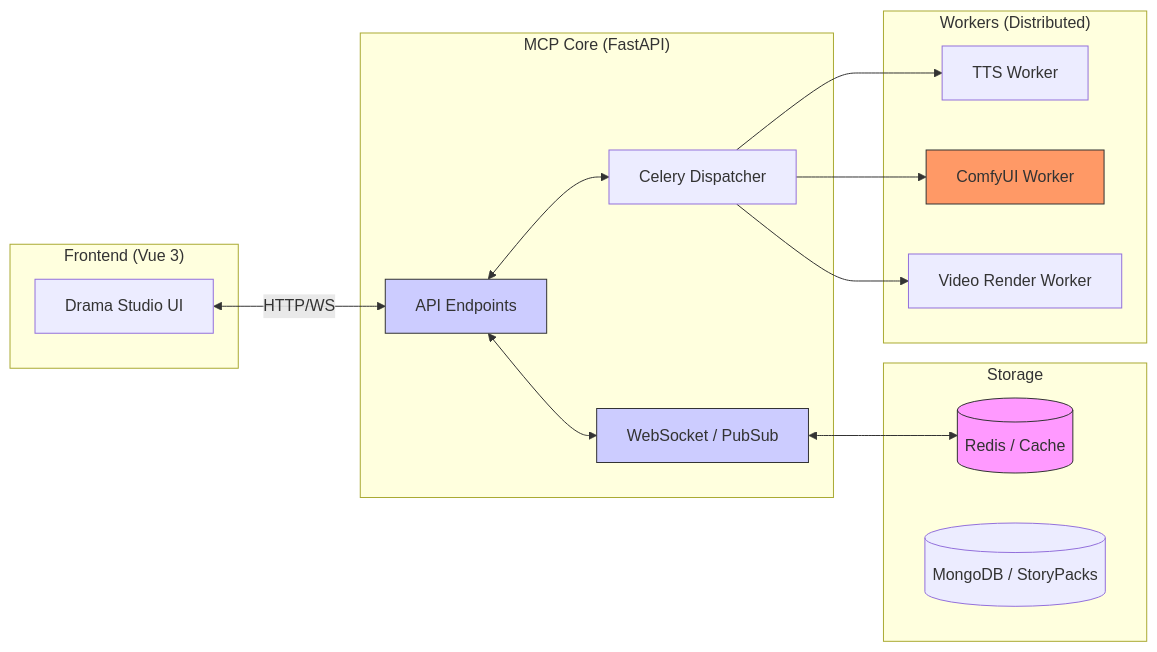
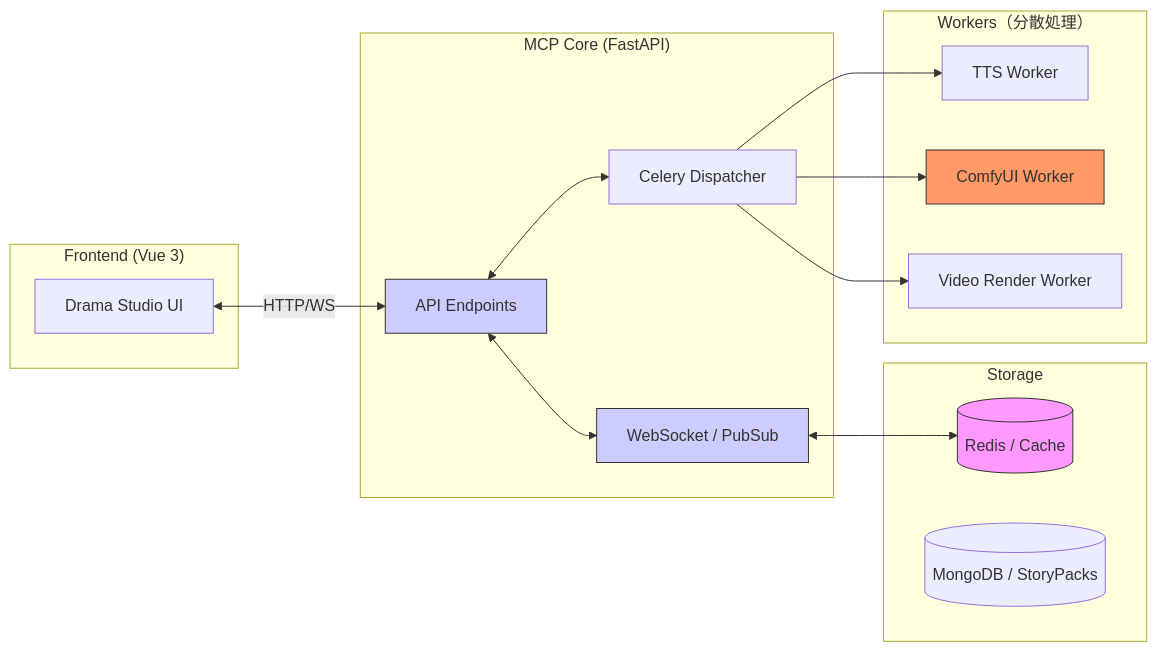
The diagram in public/knowledge/ja/12_diagrams/08.Moyin_MCP_Architecture.md (AtsushiHarimoto/portfolio), drawn with Mermaid before and after one commit. The commit also changed other lines of this file and 51 other files, not shown here.

First line of the commit message:
feat: remove YouTube hover animation, strip article numbering, translate 11_claude_code + 12_diagrams (EN/JA)

````diff
--- a/public/knowledge/ja/12_diagrams/08.Moyin_MCP_Architecture.md
+++ b/public/knowledge/ja/12_diagrams/08.Moyin_MCP_Architecture.md
@@ -7,36 +7,36 @@
 ```mermaid
 graph LR
     subgraph "Frontend (Vue 3)"
         WebUI[Drama Studio UI]
     end
 
     subgraph "MCP Core (FastAPI)"
         API[API Endpoints]
         WS[WebSocket / PubSub]
         Celery[Celery Dispatcher]
     end
 
     subgraph "Storage"
         Redis[(Redis / Cache)]
         DB[(MongoDB / StoryPacks)]
     end
 
-    subgraph "Workers (Distributed)"
+    subgraph "Workers（分散処理）"
         TTS[TTS Worker]
         Comfy[ComfyUI Worker]
         Video[Video Render Worker]
     end
 
     WebUI <-->|HTTP/WS| API
     API <--> WS
     WS <--> Redis
     API <--> Celery
     Celery --> TTS
     Celery --> Comfy
     Celery --> Video
 
     style API fill:#ccf,stroke:#333
     style WS fill:#ccf,stroke:#333
     style Redis fill:#f9f,stroke:#333
     style Comfy fill:#f96,stroke:#333
 ```
````
